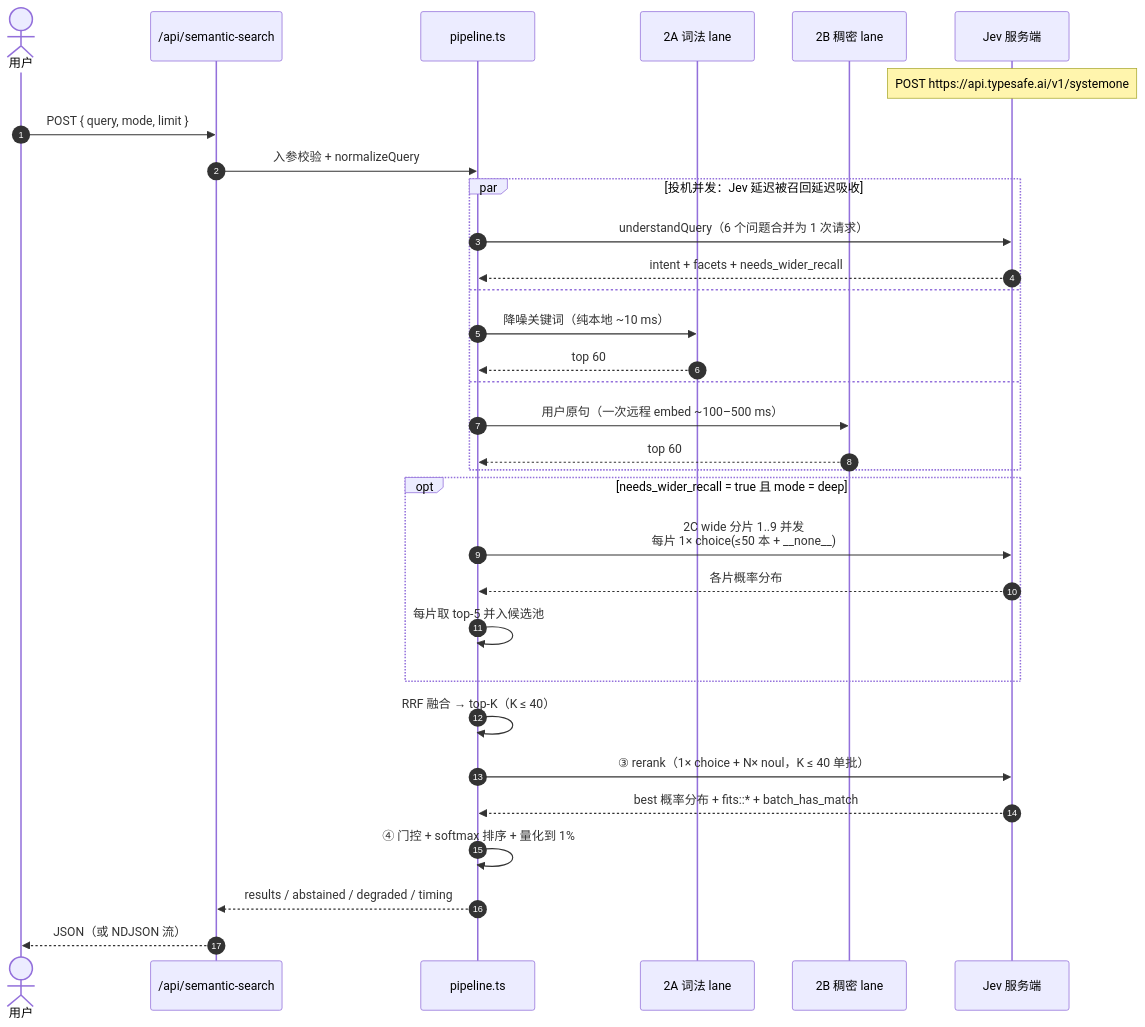
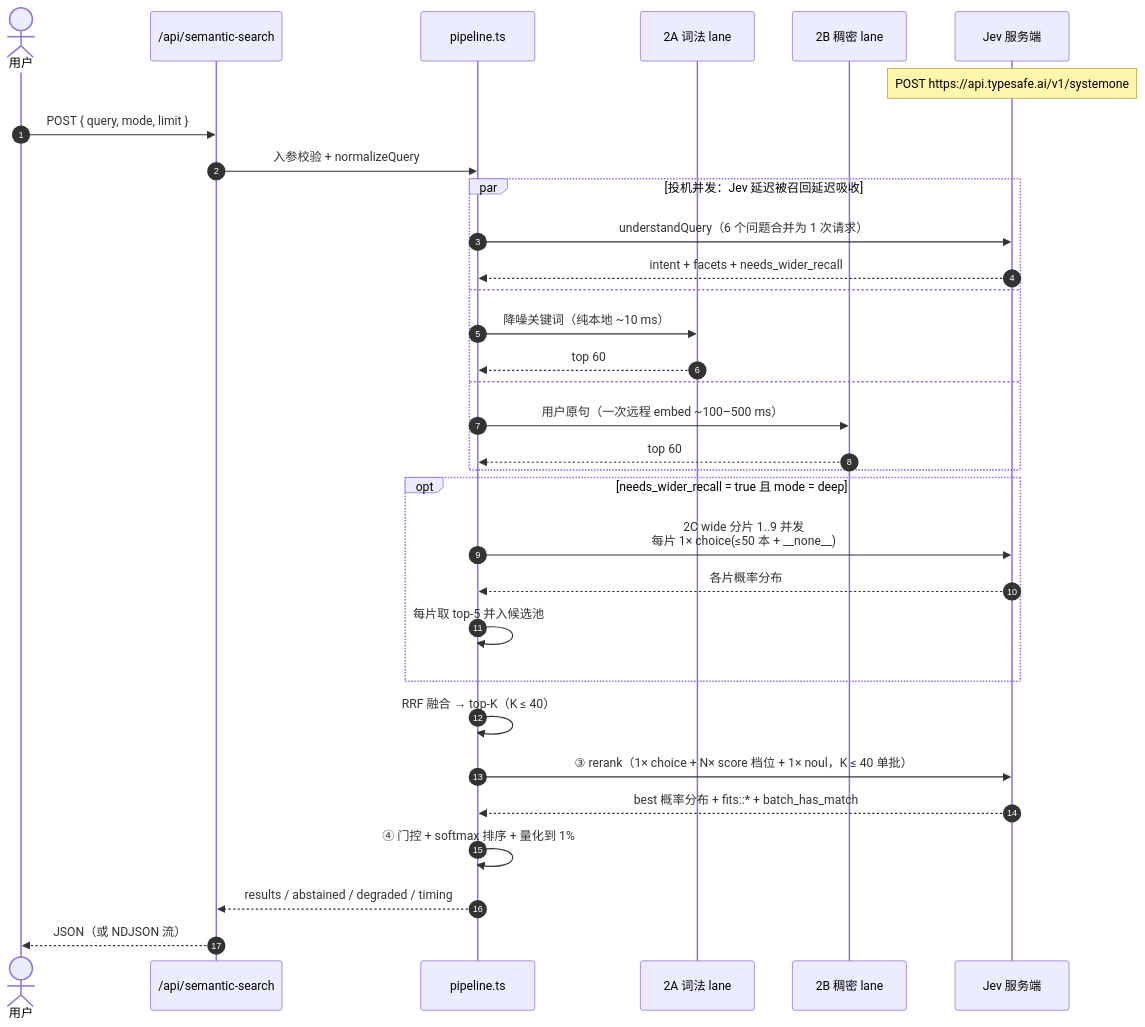
The second of 6 diagrams in docs/jev-docs/需求/语义检索-设计方案.md (xulei-shl/book-echoes-aibot), drawn with Mermaid before and after one commit. The commit also changed other lines of this file and 37 other files, not shown here.

First line of the commit message:
语义检索重构：用足 Jev 的 noul/choice/score 三种题型，并补上评测集

````diff
--- a/docs/jev-docs/需求/语义检索-设计方案.md
+++ b/docs/jev-docs/需求/语义检索-设计方案.md
@@ -260,41 +260,41 @@
 ```mermaid
 sequenceDiagram
     autonumber
     actor U as 用户
     participant API as /api/semantic-search
     participant P as pipeline.ts
     participant L as 2A 词法 lane
     participant D as 2B 稠密 lane
     participant J as Jev 服务端
 
     Note over J: POST https://api.typesafe.ai/v1/systemone
 
     U->>API: POST { query, mode, limit }
     API->>P: 入参校验 + normalizeQuery
 
     par 投机并发：Jev 延迟被召回延迟吸收
         P->>J: understandQuery（6 个问题合并为 1 次请求）
         J-->>P: intent + facets + needs_wider_recall
     and
         P->>L: 降噪关键词（纯本地 ~10 ms）
         L-->>P: top 60
     and
         P->>D: 用户原句（一次远程 embed ~100–500 ms）
         D-->>P: top 60
     end
 
     opt needs_wider_recall = true 且 mode = deep
         P->>J: 2C wide 分片 1..9 并发<br/>每片 1× choice(≤50 本 + __none__)
         J-->>P: 各片概率分布
         P->>P: 每片取 top-5 并入候选池
     end
 
     P->>P: RRF 融合 → top-K（K ≤ 40）
 
-    P->>J: ③ rerank（1× choice + N× noul，K ≤ 40 单批）
+    P->>J: ③ rerank（1× choice + N× score 档位 + 1× noul，K ≤ 40 单批）
     J-->>P: best 概率分布 + fits::* + batch_has_match
 
     P->>P: ④ 门控 + softmax 排序 + 量化到 1%
     P-->>API: results / abstained / degraded / timing
     API-->>U: JSON（或 NDJSON 流）
 ```
````
